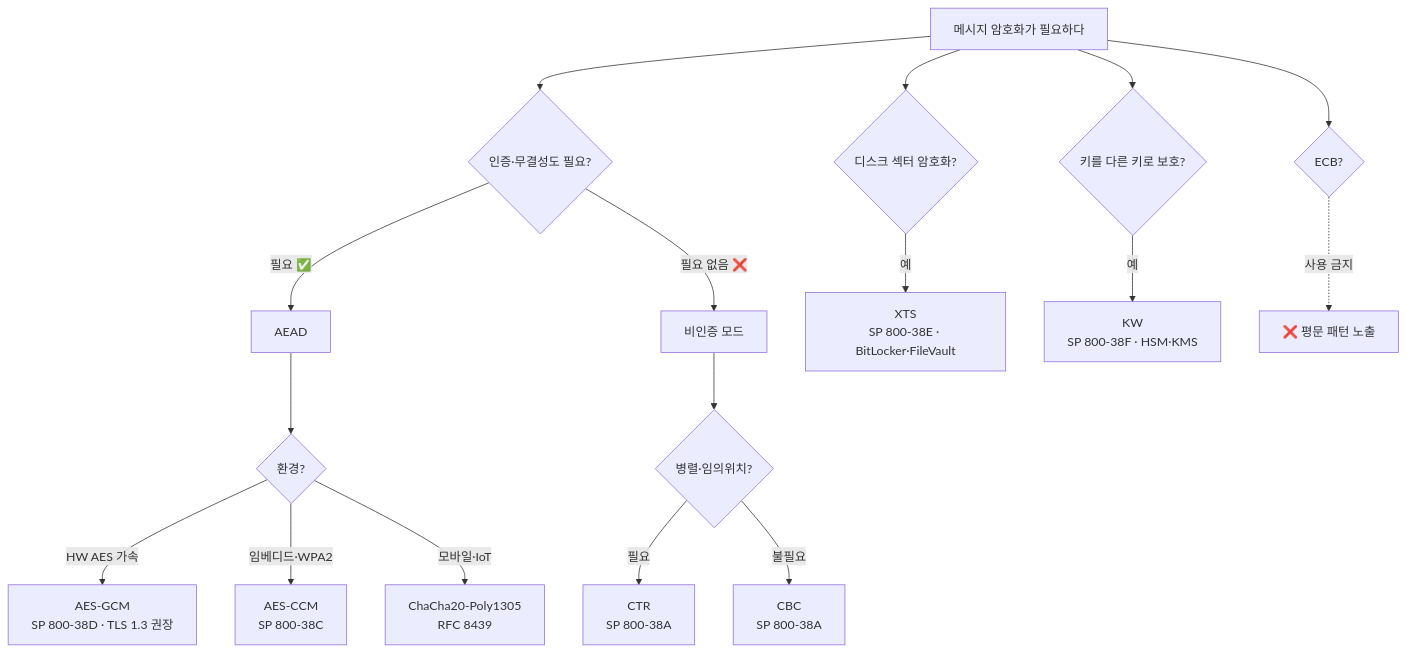
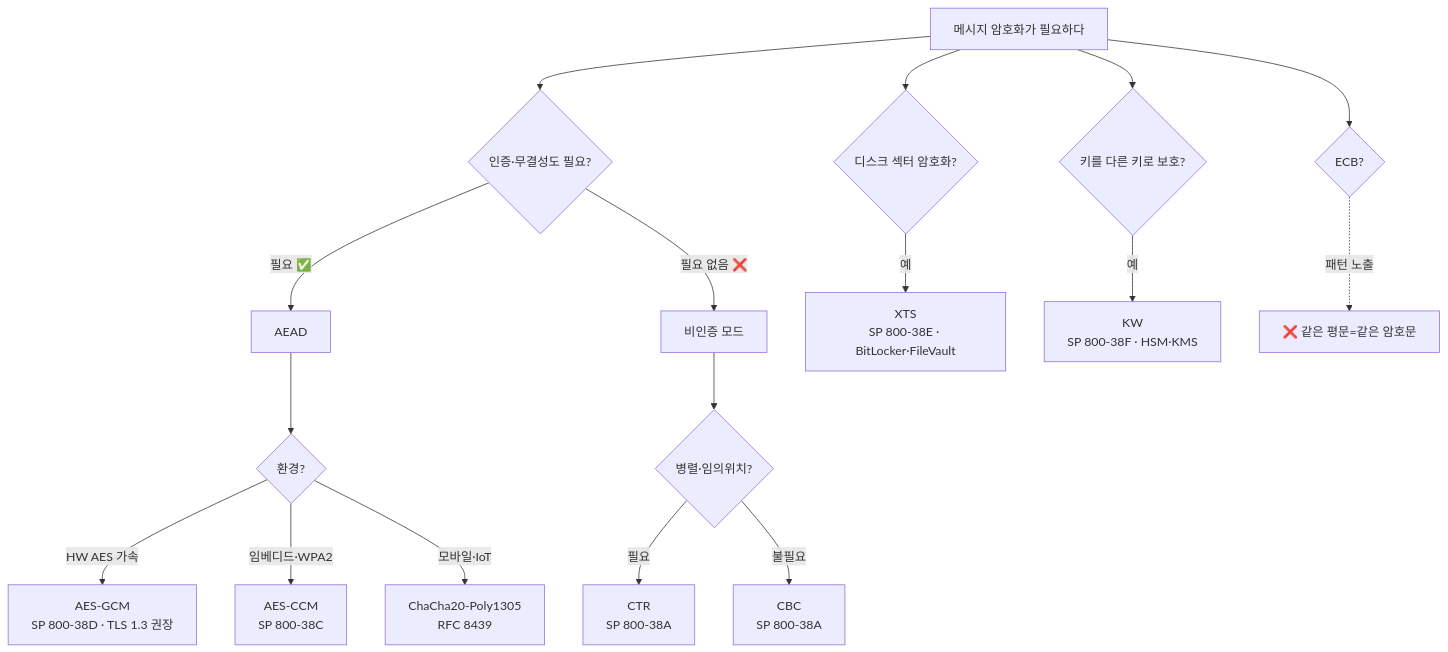
Before and after one commit to ianrang/cs-study: the fourth of 5 diagrams in cs/information-security/study/04.security-general/05.crypto-algorithms.md, drawn with Mermaid. The commit also changed other lines of this file, not shown here.

````diff
--- a/cs/information-security/study/04.security-general/05.crypto-algorithms.md
+++ b/cs/information-security/study/04.security-general/05.crypto-algorithms.md
@@ -760,24 +761,24 @@
 ```mermaid
 graph TD
   Q[메시지 암호화가 필요하다] --> Q1{인증·무결성도 필요?}
   Q1 -- 필요 ✅ --> AE[AEAD]
   Q1 -- 필요 없음 ❌ --> NA[비인증 모드]
 
   AE --> AE1{환경?}
   AE1 -- HW AES 가속 --> AEG[AES-GCM<br/>SP 800-38D · TLS 1.3 권장]
   AE1 -- 임베디드·WPA2 --> AEC[AES-CCM<br/>SP 800-38C]
   AE1 -- 모바일·IoT --> AEX[ChaCha20-Poly1305<br/>RFC 8439]
 
   NA --> NA1{병렬·임의위치?}
   NA1 -- 필요 --> CTR[CTR<br/>SP 800-38A]
   NA1 -- 불필요 --> CBC[CBC<br/>SP 800-38A]
 
   Q --> Q2{디스크 섹터 암호화?}
   Q2 -- 예 --> XTS[XTS<br/>SP 800-38E · BitLocker·FileVault]
 
   Q --> Q3{키를 다른 키로 보호?}
   Q3 -- 예 --> KW[KW<br/>SP 800-38F · HSM·KMS]
 
   Q --> Q4{ECB?}
-  Q4 -.사용 금지.-> NO[❌ 평문 패턴 노출]
+  Q4 -.패턴 노출.-> NO[❌ 같은 평문=같은 암호문]
 ```
````
